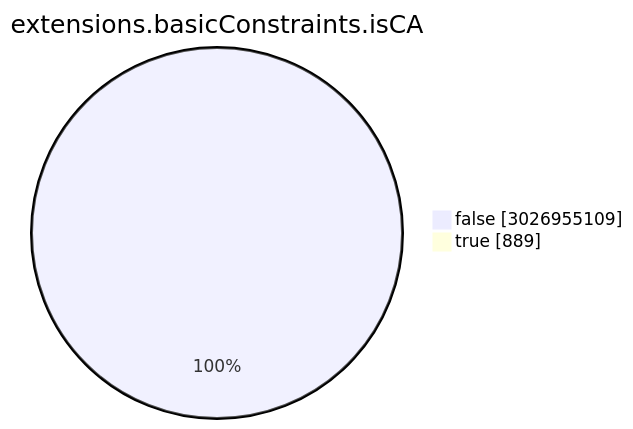
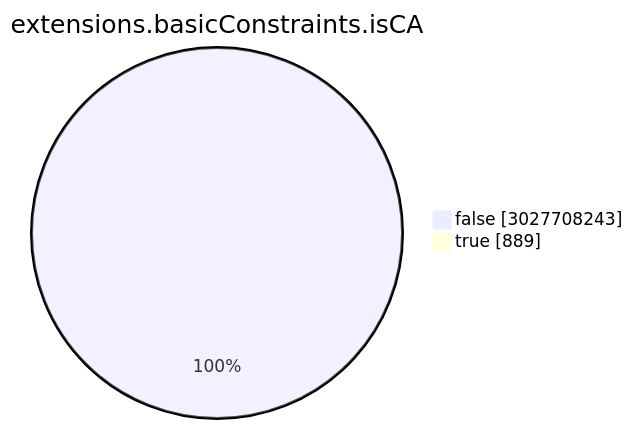
One commit to christiankrug/ctmonitor_visualization changed the seventh of 15 diagrams in TOTAL/README.md. Above: the diagram before and after it, drawn with Mermaid. The commit also changed other lines of this file, not shown here.

````diff
--- a/TOTAL/README.md
+++ b/TOTAL/README.md
@@ -3086,6 +3086,6 @@
 ```mermaid
 pie showData
 title extensions.basicConstraints.isCA
-"false" :3026955109
+"false" :3027708243
 "true" :889
 ```
````
